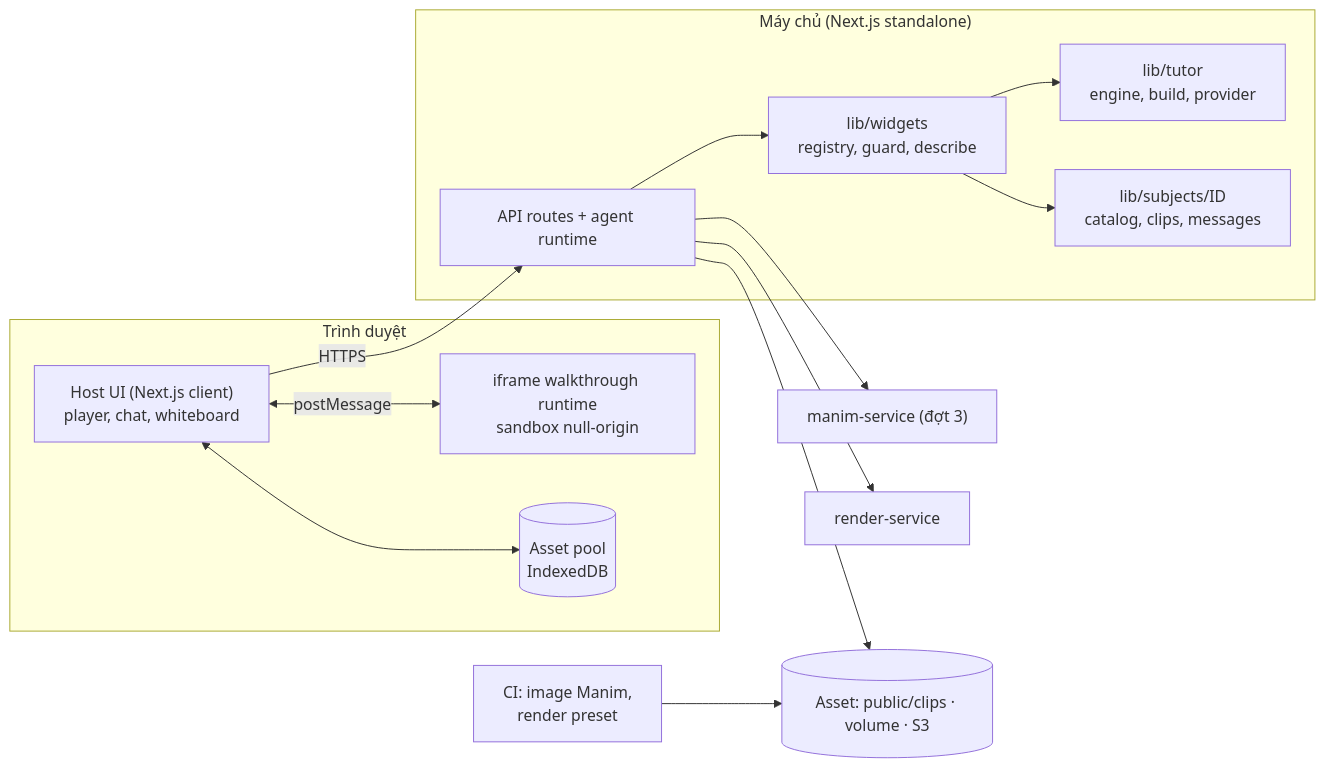
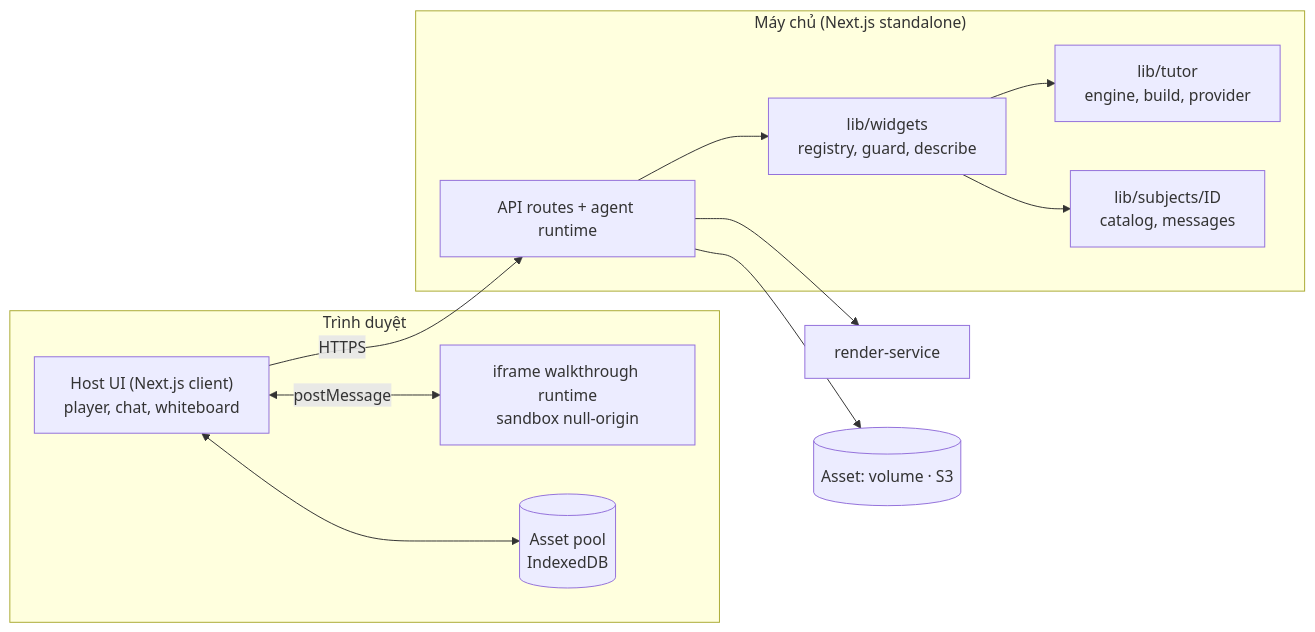
One commit to nqthiep/OpenMAIC changed the second of 5 diagrams in docs/tutor/ARCHITECTURE.md. Above: the diagram before and after it, drawn with Mermaid. The commit also changed other lines of this file and 37 other files, not shown here.

````diff
--- a/docs/tutor/ARCHITECTURE.md
+++ b/docs/tutor/ARCHITECTURE.md
@@ -51,28 +50,24 @@
 ```mermaid
 flowchart LR
   subgraph BR["Trình duyệt"]
     UI["Host UI (Next.js client)<br/>player, chat, whiteboard"]
     IF["iframe walkthrough runtime<br/>sandbox null-origin"]
     POOL[("Asset pool<br/>IndexedDB")]
     UI <-- "postMessage" --> IF
     UI <--> POOL
   end
   subgraph SV["Máy chủ (Next.js standalone)"]
     API["API routes + agent runtime"]
     WID["lib/widgets<br/>registry, guard, describe"]
     TUT["lib/tutor<br/>engine, build, provider"]
-    SUB["lib/subjects/ID<br/>catalog, clips, messages"]
+    SUB["lib/subjects/ID<br/>catalog, messages"]
     API --> WID
     WID --> TUT
     WID --> SUB
   end
-  MS["manim-service (đợt 3)"]
   RS["render-service"]
-  CI["CI: image Manim,<br/>render preset"]
-  ASSET[("Asset: public/clips · volume · S3")]
+  ASSET[("Asset: volume · S3")]
   UI -- "HTTPS" --> API
-  API --> MS
   API --> RS
-  CI --> ASSET
   API --> ASSET
 ```
````
